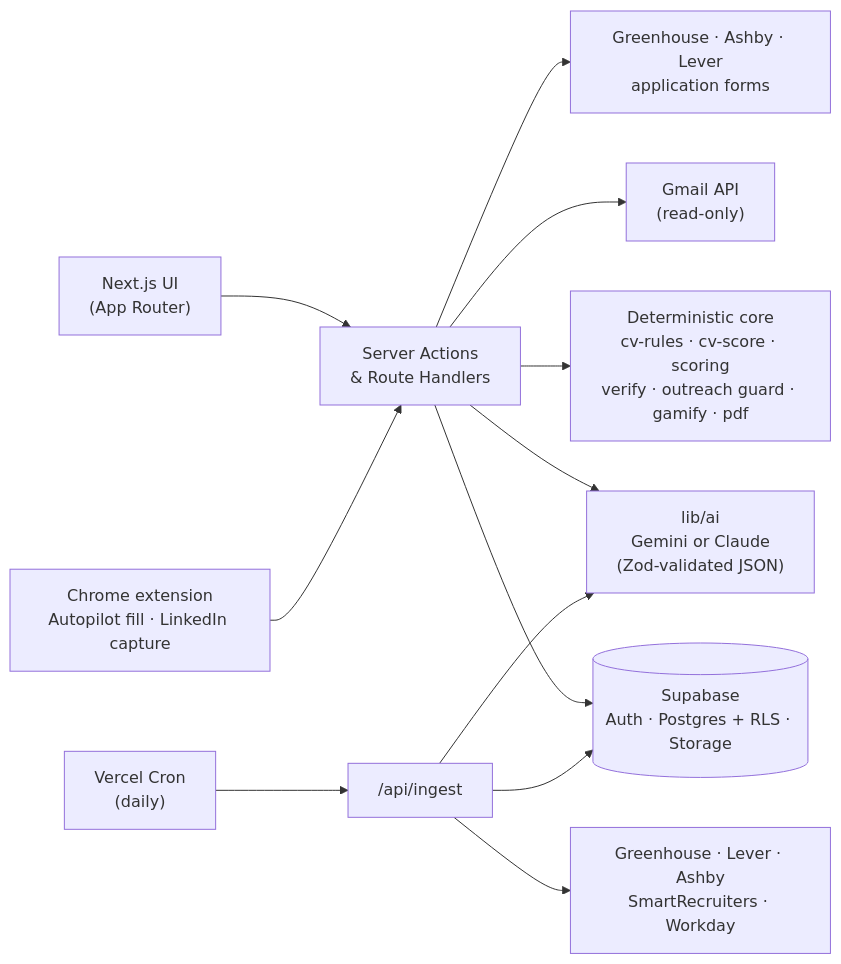
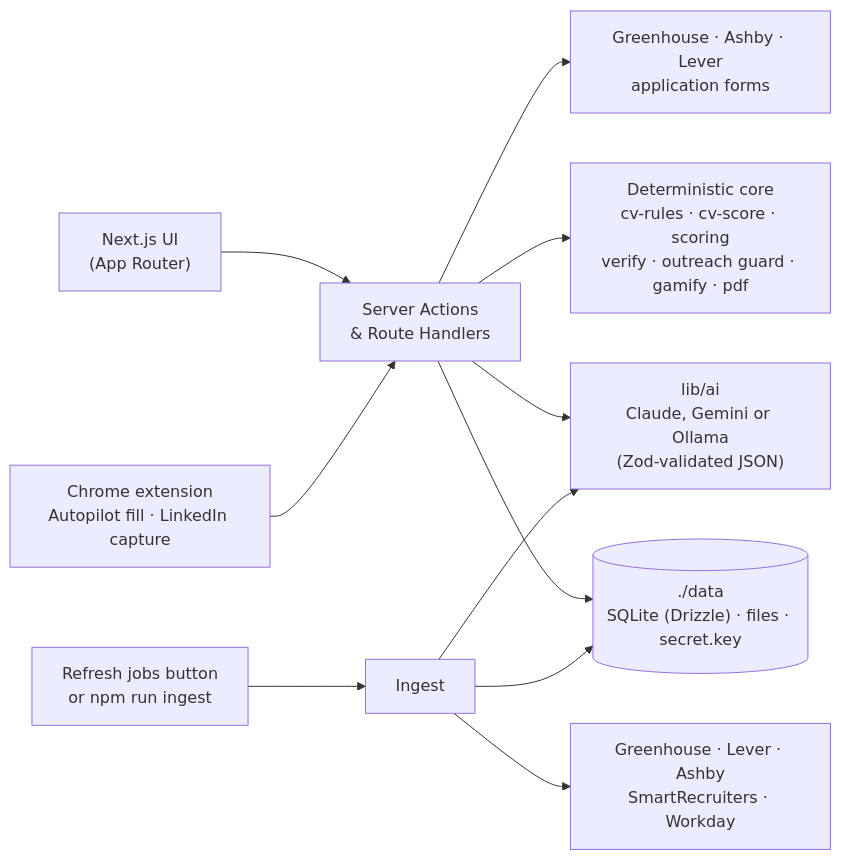
One commit to berkeaskim/placed changed the diagram in README.md. Above: the diagram before and after it, drawn with Mermaid. The commit also changed other lines of this file and 33 other files, not shown here.

````diff
--- a/README.md
+++ b/README.md
@@ -149,14 +151,13 @@
 ```mermaid
 flowchart LR
     UI["Next.js UI<br/>(App Router)"] --> SA["Server Actions<br/>& Route Handlers"]
     EXT["Chrome extension<br/>Autopilot fill · LinkedIn capture"] --> SA
-    SA --> DB[("Supabase<br/>Auth · Postgres + RLS · Storage")]
-    SA --> AI["lib/ai<br/>Gemini or Claude<br/>(Zod-validated JSON)"]
+    SA --> DB[("./data<br/>SQLite (Drizzle) · files · secret.key")]
+    SA --> AI["lib/ai<br/>Claude, Gemini or Ollama<br/>(Zod-validated JSON)"]
     SA --> DET["Deterministic core<br/>cv-rules · cv-score · scoring<br/>verify · outreach guard · gamify · pdf"]
-    SA --> GM["Gmail API<br/>(read-only)"]
     SA --> FORMS["Greenhouse · Ashby · Lever<br/>application forms"]
-    CRON["Vercel Cron<br/>(daily)"] --> ING["/api/ingest"]
+    BTN["Refresh jobs button<br/>or npm run ingest"] --> ING["Ingest"]
     ING --> ATS["Greenhouse · Lever · Ashby<br/>SmartRecruiters · Workday"]
     ING --> AI
     ING --> DB
 ```
````
